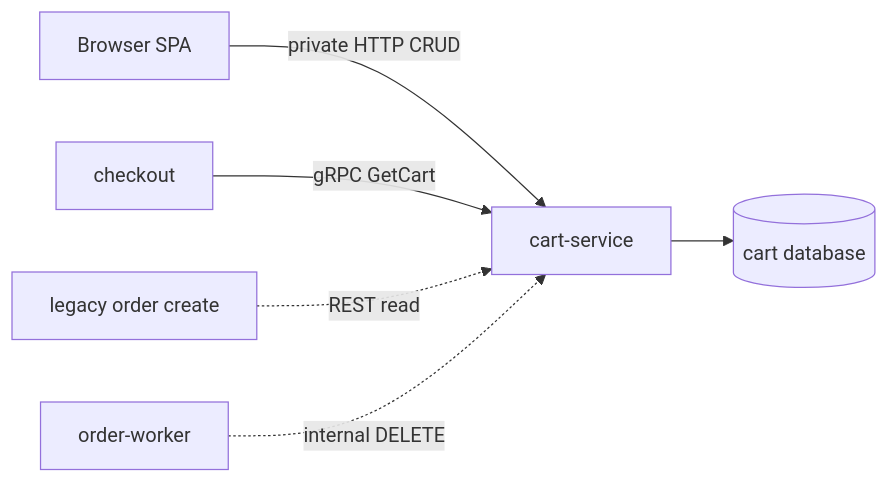
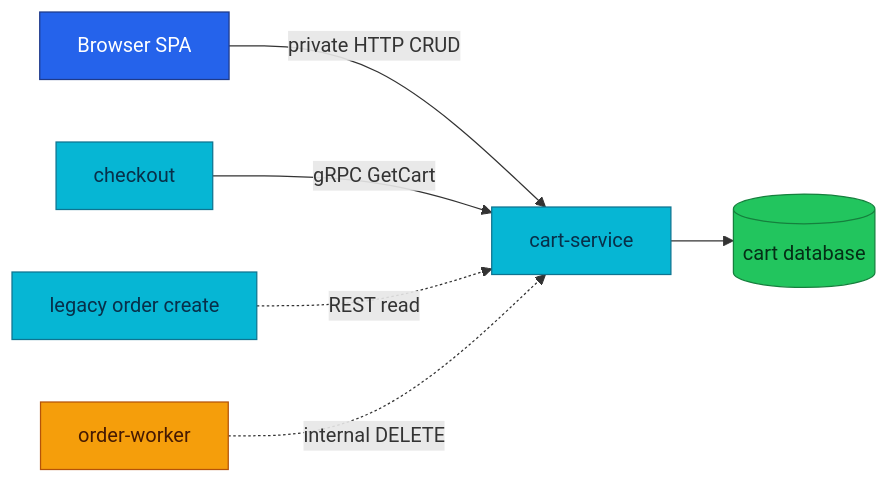
The diagram in docs/api/cart.md (duynhlab/homelab), drawn with Mermaid before and after one commit. The commit also changed other lines of this file and 15 other files, not shown here.

First line of the commit message:
Improve API architecture diagrams (#513)

````diff
--- a/docs/api/cart.md
+++ b/docs/api/cart.md
@@ -20,8 +20,17 @@
 ```mermaid
 flowchart LR
     SPA[Browser SPA] -->|private HTTP CRUD| Cart[cart-service]
     Checkout[checkout] -->|gRPC GetCart| Cart
     Order[legacy order create] -. REST read .-> Cart
     Worker[order-worker] -. internal DELETE .-> Cart
     Cart --> DB[(cart database)]
+
+    classDef edge fill:#2563eb,color:#fff,stroke:#1e3a8a;
+    classDef service fill:#06b6d4,color:#082f49,stroke:#0e7490;
+    classDef worker fill:#f59e0b,color:#451a03,stroke:#b45309;
+    classDef data fill:#22c55e,color:#052e16,stroke:#15803d;
+    class SPA edge;
+    class Cart,Checkout,Order service;
+    class Worker worker;
+    class DB data;
 ```
````
